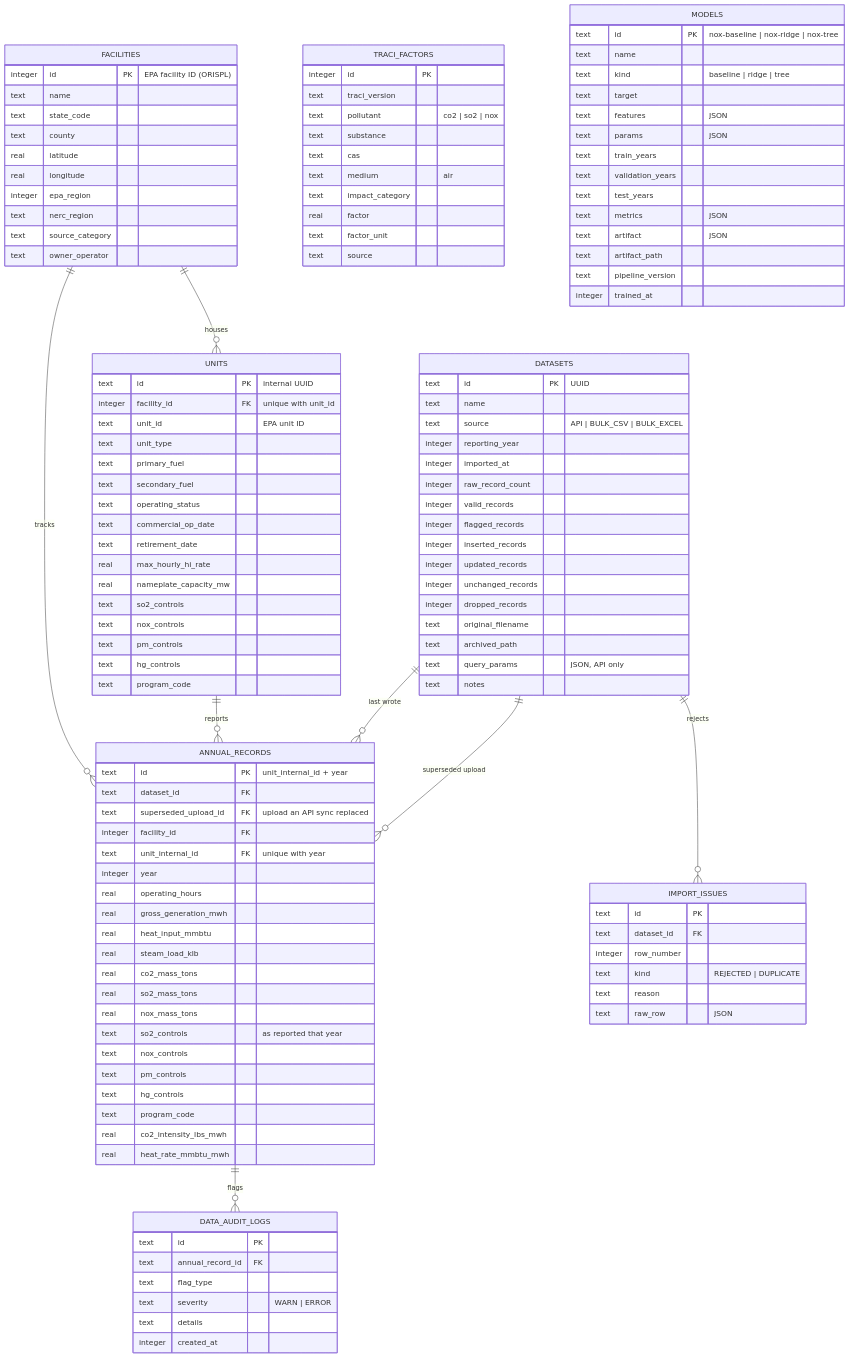
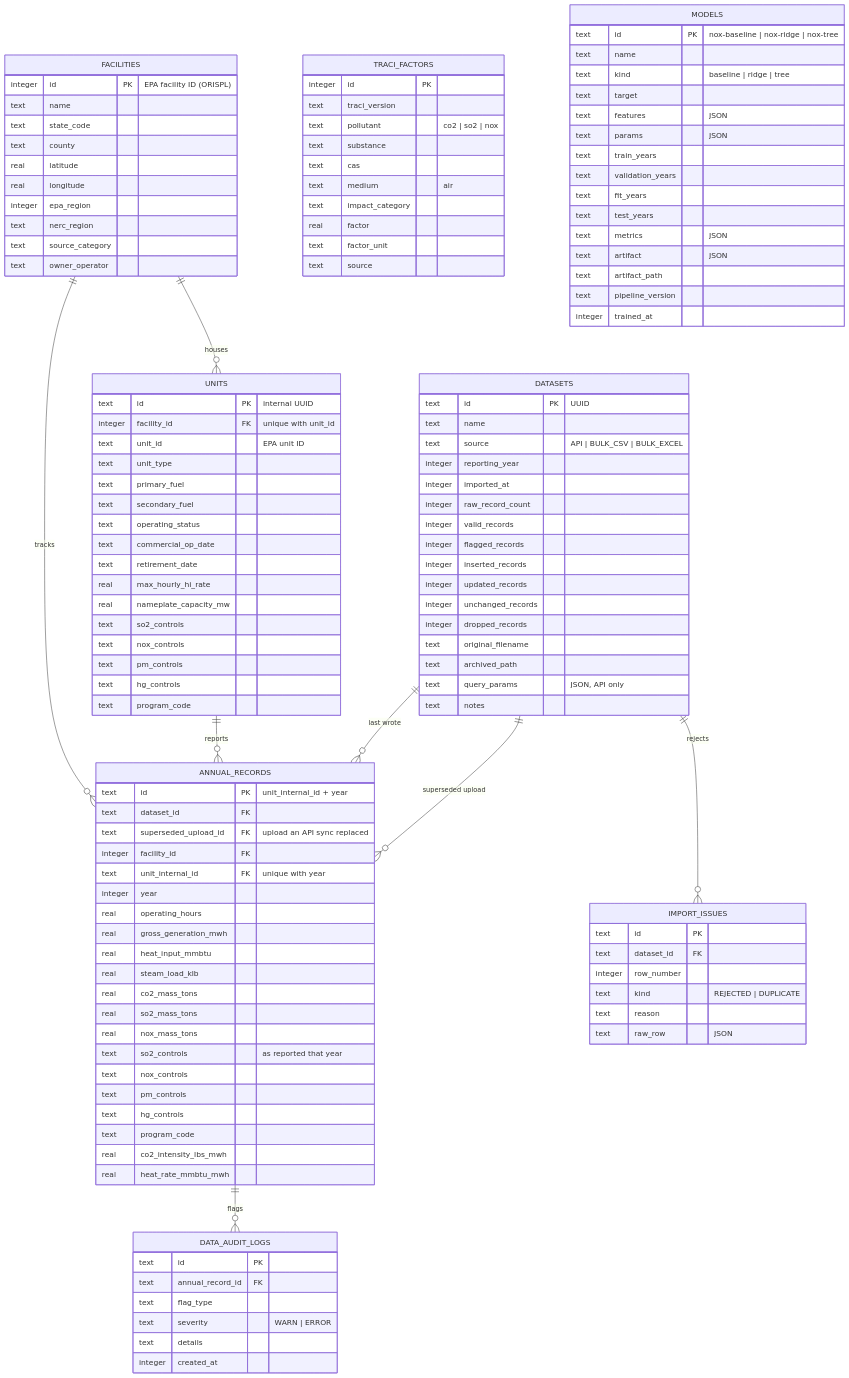
One commit to raajbanga/epaData changed the second of 2 diagrams in docs/data.md. Above: the diagram before and after it, drawn with Mermaid. The commit also changed 46 other files, not shown here.

```diff
--- a/docs/data.md
+++ b/docs/data.md
@@ -201,6 +201,7 @@
         text params "JSON"
         text train_years
         text validation_years
+        text fit_years
         text test_years
         text metrics "JSON"
         text artifact "JSON"
```
